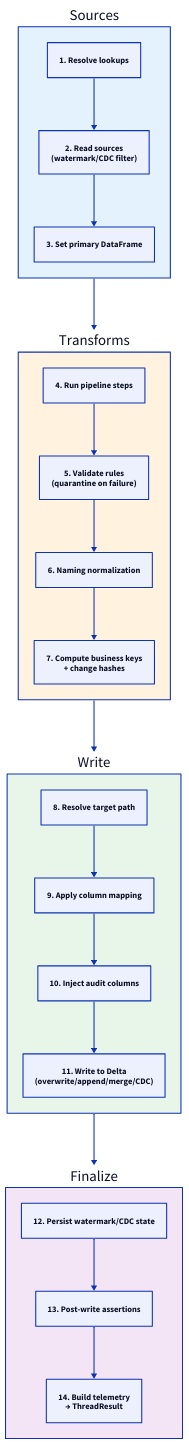
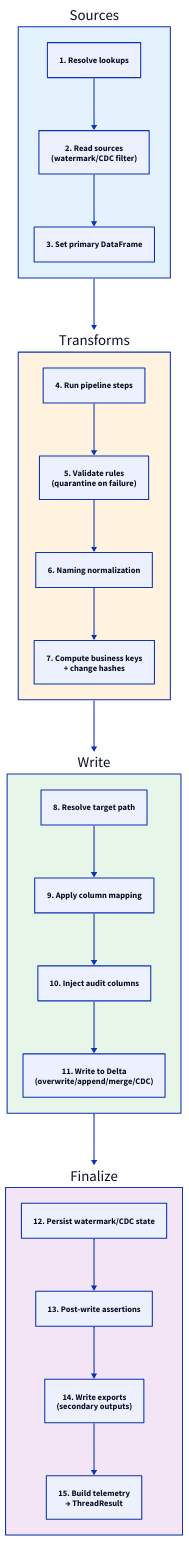
One commit to ardent-data/weevr changed the second of 4 diagrams in docs/guides/engine-internals.md. Above: the diagram before and after it, drawn with D2. The commit also changed other lines of this file and 8 other files, not shown here.

First line of the commit message:
chore(docs): fix docs drift across schema, guides, and API reference

````diff
--- a/docs/guides/engine-internals.md
+++ b/docs/guides/engine-internals.md
@@ -122,41 +128,42 @@
 ```d2
 direction: down
 
 sources: Sources {
   style.fill: "#E3F2FD"
   s1: "1. Resolve lookups"
   s2: "2. Read sources\n(watermark/CDC filter)"
   s3: "3. Set primary DataFrame"
   s1 -> s2 -> s3
 }
 
 transforms: Transforms {
   style.fill: "#FFF3E0"
   s4: "4. Run pipeline steps"
   s5: "5. Validate rules\n(quarantine on failure)"
   s5b: "6. Naming normalization"
   s6: "7. Compute business keys\n+ change hashes"
   s4 -> s5 -> s5b -> s6
 }
 
 write: Write {
   style.fill: "#E8F5E9"
   s7: "8. Resolve target path"
   s8: "9. Apply column mapping"
   s8b: "10. Inject audit columns"
   s9: "11. Write to Delta\n(overwrite/append/merge/CDC)"
   s7 -> s8 -> s8b -> s9
 }
 
 finalize: Finalize {
   style.fill: "#F3E5F5"
   s10: "12. Persist watermark/CDC state"
   s11: "13. Post-write assertions"
-  s12: "14. Build telemetry\n→ ThreadResult"
-  s10 -> s11 -> s12
+  s11b: "14. Write exports\n(secondary outputs)"
+  s12: "15. Build telemetry\n→ ThreadResult"
+  s10 -> s11 -> s11b -> s12
 }
 
 sources -> transforms
 transforms -> write
 write -> finalize
 ```
````
